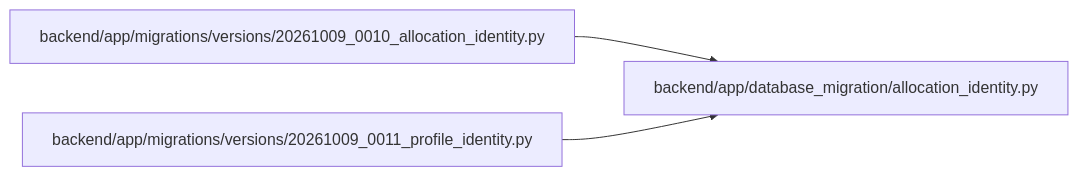
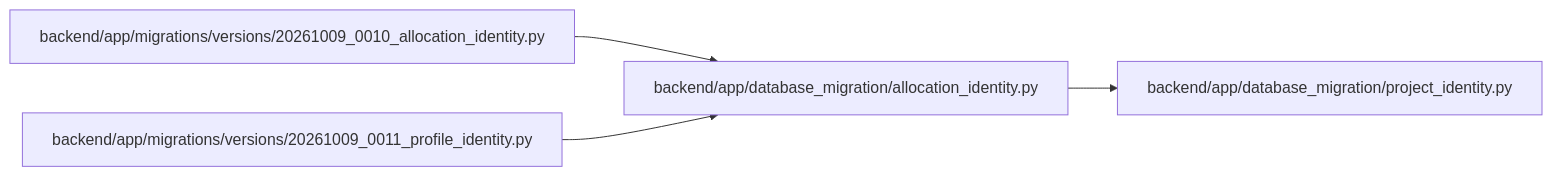
The diagram in docs/llm_wiki/modules/allocation_identity.md (Denissvgn/WorkChord), drawn with Mermaid before and after one commit. The commit also changed other lines of this file and 1817 other files, not shown here.

First line of the commit message:
Refresh the architectural wiki for the 1.9.0 changes

````diff
--- a/docs/llm_wiki/modules/allocation_identity.md
+++ b/docs/llm_wiki/modules/allocation_identity.md
@@ -23,11 +23,14 @@
 ```mermaid
 flowchart LR
     n0["backend/app/database_migration/allocation_identity.py"]
-    n1["backend/app/migrations/versions/20261009_0010_allocation_identity.py"]
-    n2["backend/app/migrations/versions/20261009_0011_profile_identity.py"]
-    n1 --> n0
+    n1["backend/app/database_migration/project_identity.py"]
+    n2["backend/app/migrations/versions/20261009_0010_allocation_identity.py"]
+    n3["backend/app/migrations/versions/20261009_0011_profile_identity.py"]
+    n0 --> n1
     n2 --> n0
+    n3 --> n0
     click n0 "../modules/allocation_identity.md"
-    click n1 "../modules/20261009_0010_allocation_identity.md"
-    click n2 "../modules/20261009_0011_profile_identity.md"
+    click n1 "../modules/project_identity.md"
+    click n2 "../modules/20261009_0010_allocation_identity.md"
+    click n3 "../modules/20261009_0011_profile_identity.md"
 ```
````
